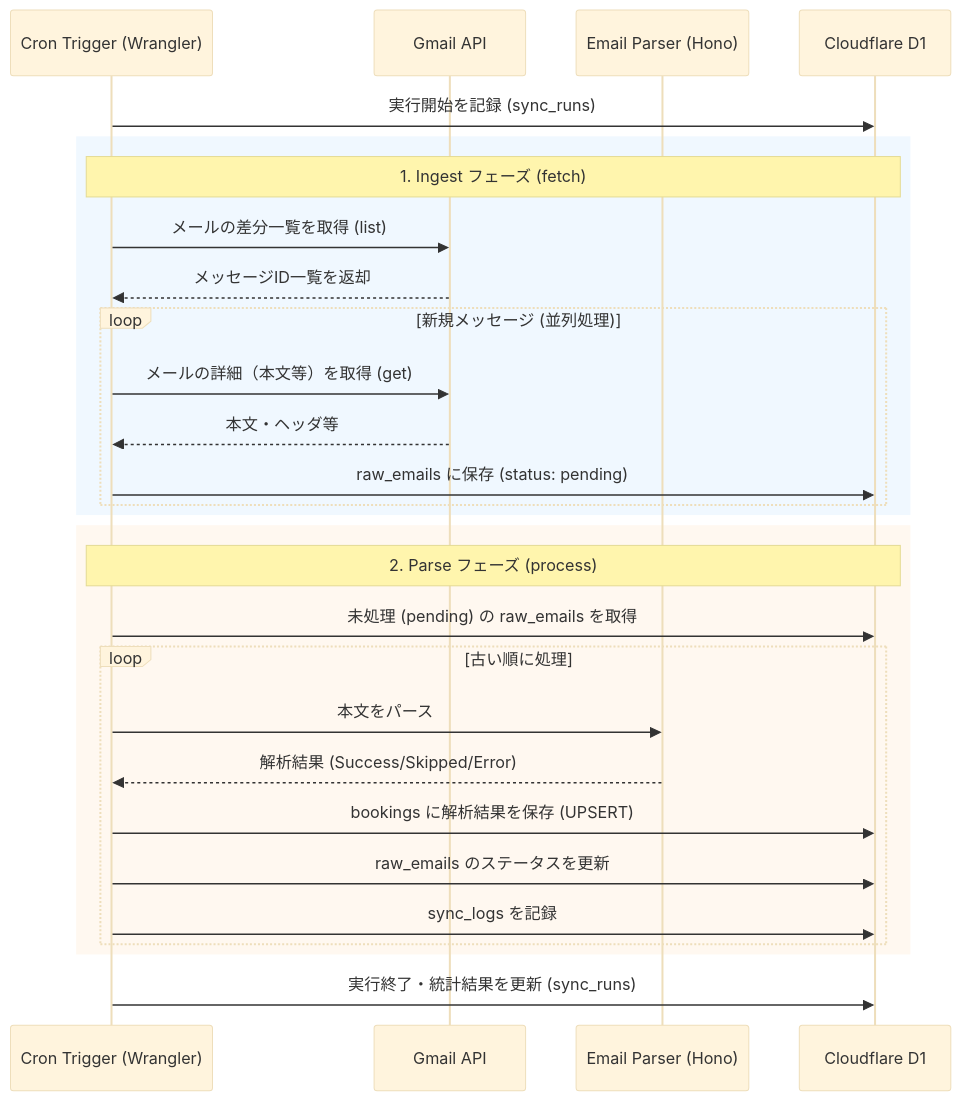
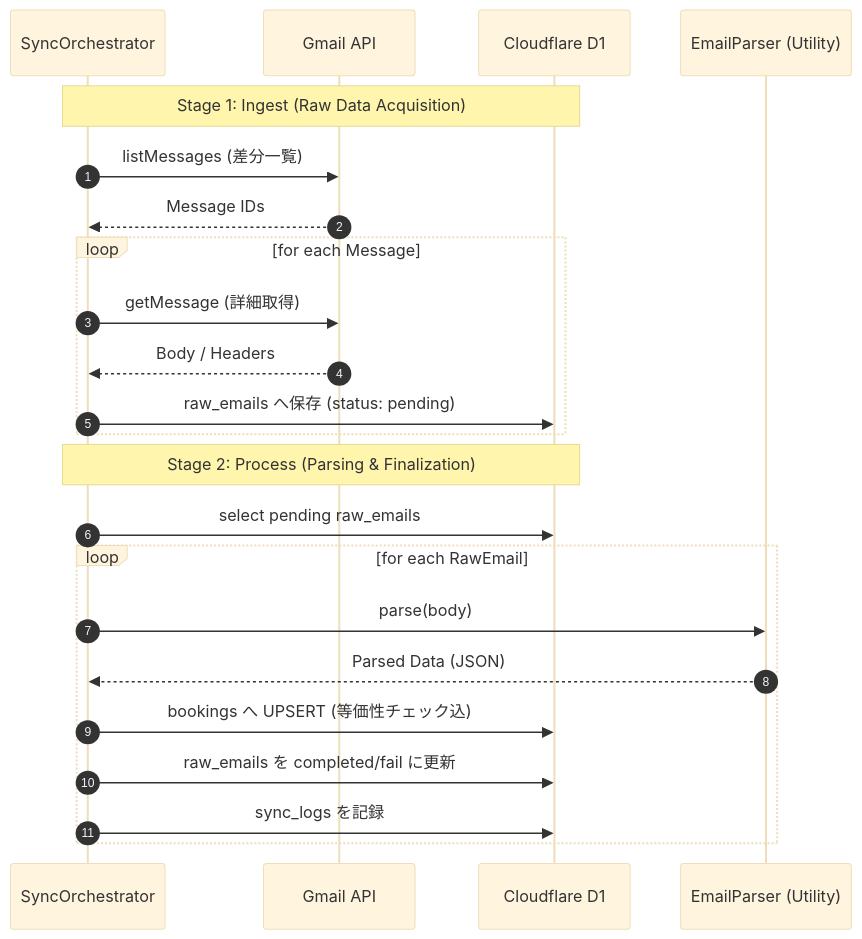
Before and after one commit to sugawara-kouki/gym-booking-tracker: the diagram in docs/design/business-logic.md, drawn with Mermaid (base theme). The commit also changed other lines of this file and 5 other files, not shown here.

Commit message:
docs: modernize and evolve architecture and design documentation (v1.4)

````diff
--- a/docs/design/business-logic.md
+++ b/docs/design/business-logic.md
@@ -9,35 +9,27 @@
 ```mermaid
 sequenceDiagram
-    participant C as Cron Trigger (Wrangler)
+    autonumber
+    participant C as SyncOrchestrator
     participant G as Gmail API
-    participant P as Email Parser (Hono)
     participant D as Cloudflare D1
+    participant P as EmailParser (Utility)
     
-    C->>D: 実行開始を記録 (sync_runs)
-    
-    rect rgb(240, 248, 255)
-    Note over C, D: 1. Ingest フェーズ (fetch)
-    C->>G: メールの差分一覧を取得 (list)
-    G-->>C: メッセージID一覧を返却
-    
-    loop 新規メッセージ (並列処理)
-        C->>G: メールの詳細（本文等）を取得 (get)
-        G-->>C: 本文・ヘッダ等
-        C->>D: raw_emails に保存 (status: pending)
-    end
+    Note over C, D: Stage 1: Ingest (Raw Data Acquisition)
+    C->>G: listMessages (差分一覧)
+    G-->>C: Message IDs
+    loop for each Message
+        C->>G: getMessage (詳細取得)
+        G-->>C: Body / Headers
+        C->>D: raw_emails へ保存 (status: pending)
     end
     
-    rect rgb(255, 248, 240)
-    Note over C, D: 2. Parse フェーズ (process)
-    C->>D: 未処理 (pending) の raw_emails を取得
-    loop 古い順に処理
-        C->>P: 本文をパース
-        P-->>C: 解析結果 (Success/Skipped/Error)
-        C->>D: bookings に解析結果を保存 (UPSERT)
-        C->>D: raw_emails のステータスを更新
+    Note over C, D: Stage 2: Process (Parsing & Finalization)
+    C->>D: select pending raw_emails
+    loop for each RawEmail
+        C->>P: parse(body)
+        P-->>C: Parsed Data (JSON)
+        C->>D: bookings へ UPSERT (等価性チェック込)
+        C->>D: raw_emails を completed/fail に更新
         C->>D: sync_logs を記録
     end
-    end
-    
-    C->>D: 実行終了・統計結果を更新 (sync_runs)
 ```
````
